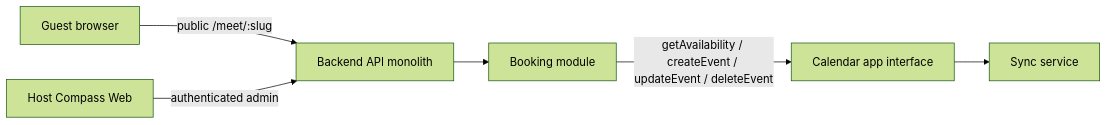
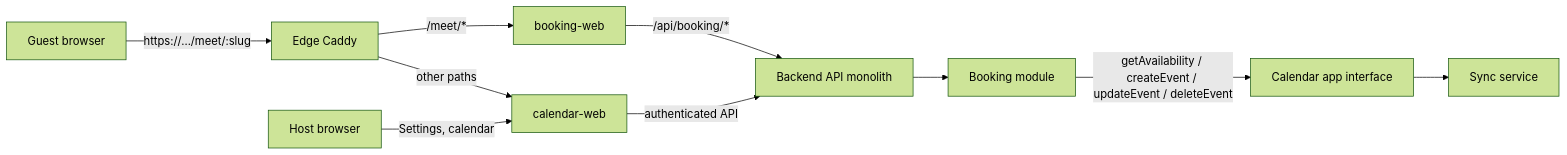
One commit to KeepSoftwareSimple/compass-calendar changed the second of 2 diagrams in docs/features/booking.md. Above: the diagram before and after it, drawn with Mermaid (forest theme). The commit also changed other lines of this file and 4 other files, not shown here.

Commit message:
docs: describe booking-web guest /meet topology (WP-07)

````diff
--- a/docs/features/booking.md
+++ b/docs/features/booking.md
@@ -465,15 +469,22 @@
 ```mermaid
 flowchart LR
   guest[Guest browser]
-  host[Host Compass Web]
+  host[Host browser]
+  bookingWeb[booking-web]
+  calendarWeb[calendar-web]
+  caddy[Edge Caddy]
   api[Backend API monolith]
   booking[Booking module]
   calendar[Calendar app interface]
   sync[Sync service]
 
-  guest -->|"public /meet/:slug"| api
-  host -->|authenticated admin| api
+  guest -->|"https://…/meet/:slug"| caddy
+  caddy -->|"/meet/*"| bookingWeb
+  caddy -->|"other paths"| calendarWeb
+  bookingWeb -->|"/api/booking/*"| api
+  host -->|"Settings, calendar"| calendarWeb
+  calendarWeb -->|authenticated API| api
   api --> booking
   booking -->|"getAvailability / createEvent / updateEvent / deleteEvent"| calendar
   calendar --> sync
 ```
````
